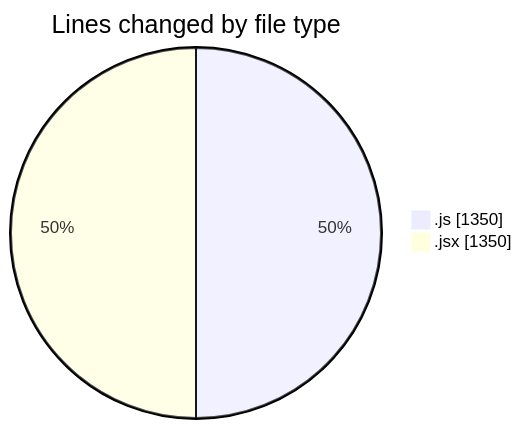
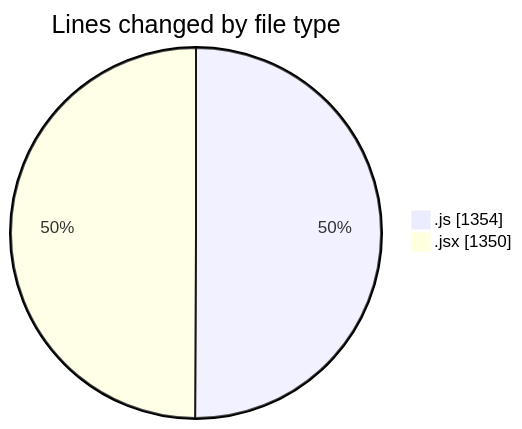
The first of 2 diagrams in 2025-09-19/nxtqube_webapp/README.md (nxtqubesakshisongat/code-tracking), drawn with Mermaid before and after one commit. The commit also changed other lines of this file and 1 other file, not shown here.

````diff
--- a/2025-09-19/nxtqube_webapp/README.md
+++ b/2025-09-19/nxtqube_webapp/README.md
@@ -23,6 +23,6 @@
 ```mermaid
 pie showData
 title Lines changed by file type
-".js" : 1350
+".js" : 1354
 ".jsx" : 1350
 ```
````
